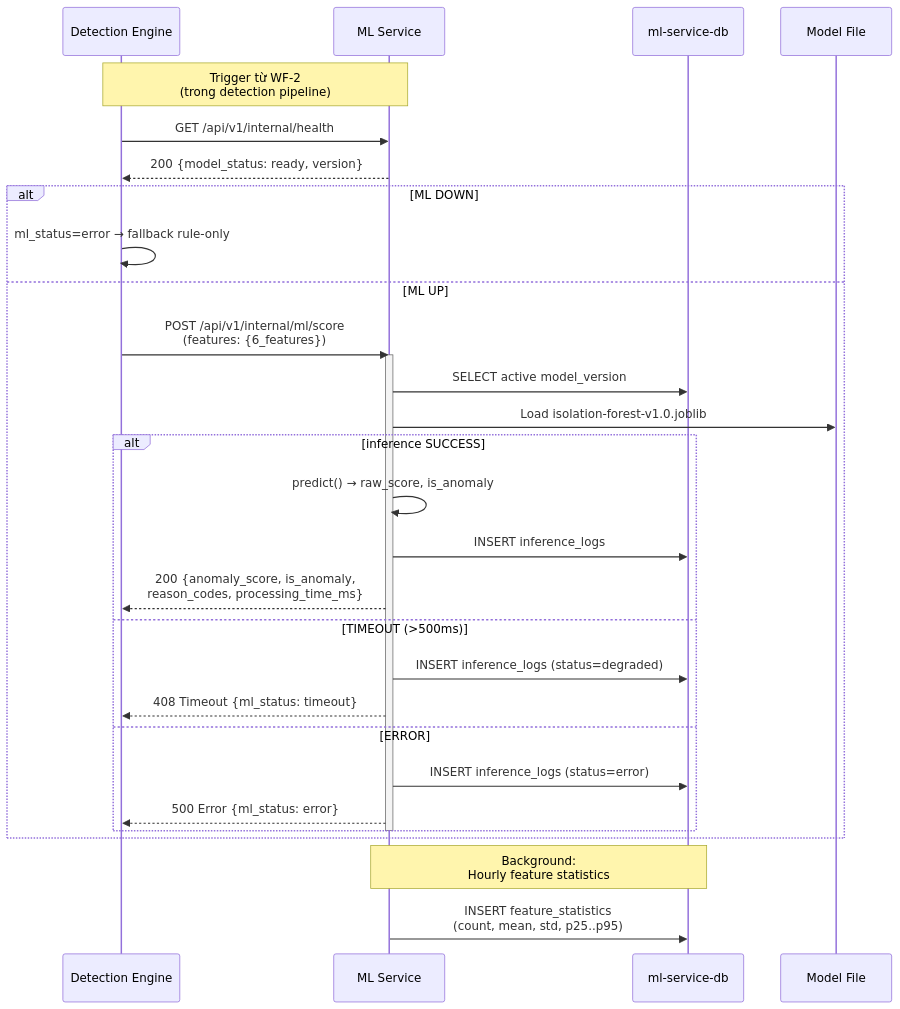
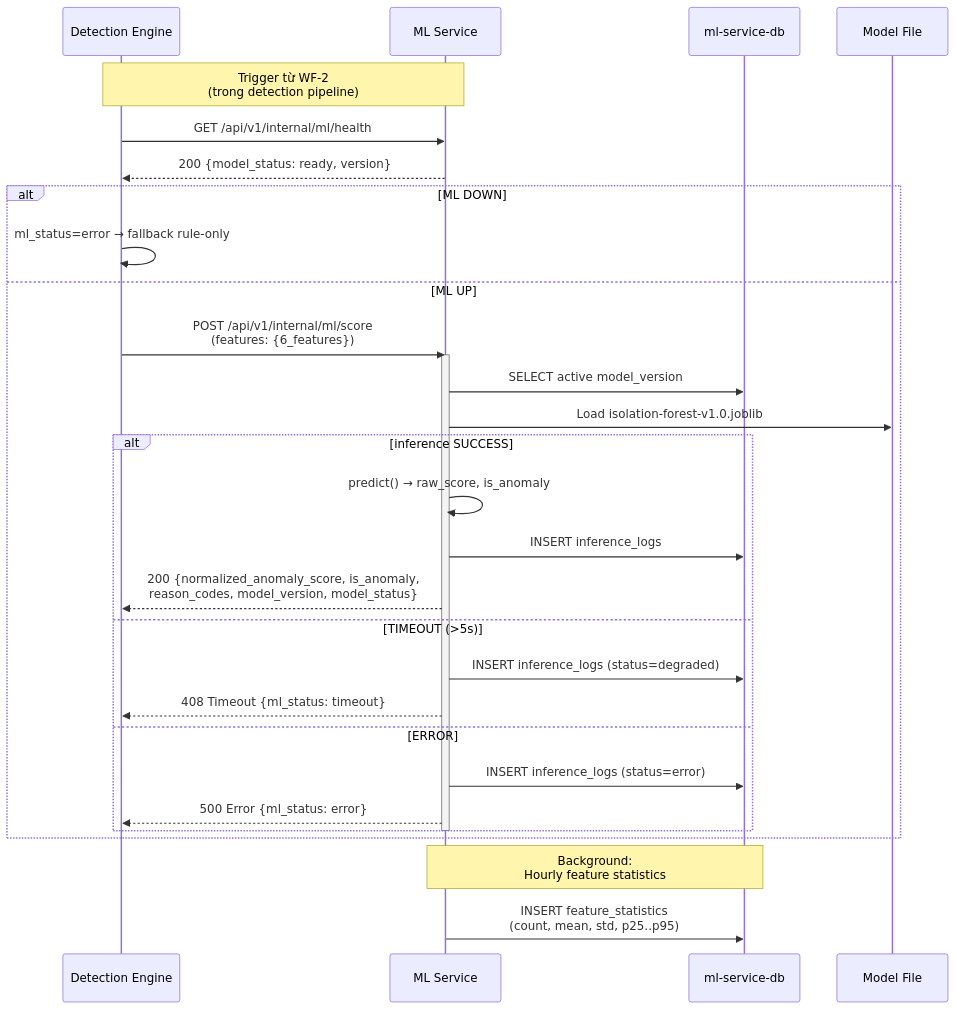
One commit to Albert-Tuan/sentinel-auth changed the seventh of 7 diagrams in docs/workflows.mmd. Above: the diagram before and after it, drawn with Mermaid. The commit also changed other lines of this file and 65 other files, not shown here.

````diff
--- a/docs/workflows.mmd
+++ b/docs/workflows.mmd
@@ -306,37 +306,37 @@
 ```mermaid
 sequenceDiagram
     participant DE as Detection Engine
     participant ML as ML Service
     participant MDB as ml-service-db
     participant MOD as Model File
 
     Note over DE,ML: Trigger từ WF-2<br/>(trong detection pipeline)
 
-    DE->>ML: GET /api/v1/internal/health
+    DE->>ML: GET /api/v1/internal/ml/health
     ML-->>DE: 200 {model_status: ready, version}
 
     alt ML DOWN
         DE->>DE: ml_status=error → fallback rule-only
     else ML UP
         DE->>ML: POST /api/v1/internal/ml/score<br/>(features: {6_features})
         activate ML
         ML->>MDB: SELECT active model_version
         ML->>MOD: Load isolation-forest-v1.0.joblib
 
         alt inference SUCCESS
             ML->>ML: predict() → raw_score, is_anomaly
             ML->>MDB: INSERT inference_logs
-            ML-->>DE: 200 {anomaly_score, is_anomaly,<br/>reason_codes, processing_time_ms}
-        else TIMEOUT (>500ms)
+            ML-->>DE: 200 {normalized_anomaly_score, is_anomaly,<br/>reason_codes, model_version, model_status}
+        else TIMEOUT (>5s)
             ML->>MDB: INSERT inference_logs (status=degraded)
             ML-->>DE: 408 Timeout {ml_status: timeout}
         else ERROR
             ML->>MDB: INSERT inference_logs (status=error)
             ML-->>DE: 500 Error {ml_status: error}
         end
         deactivate ML
     end
 
     Note over ML,MDB: Background:<br/>Hourly feature statistics
     ML->>MDB: INSERT feature_statistics<br/>(count, mean, std, p25..p95)
 ```
````
